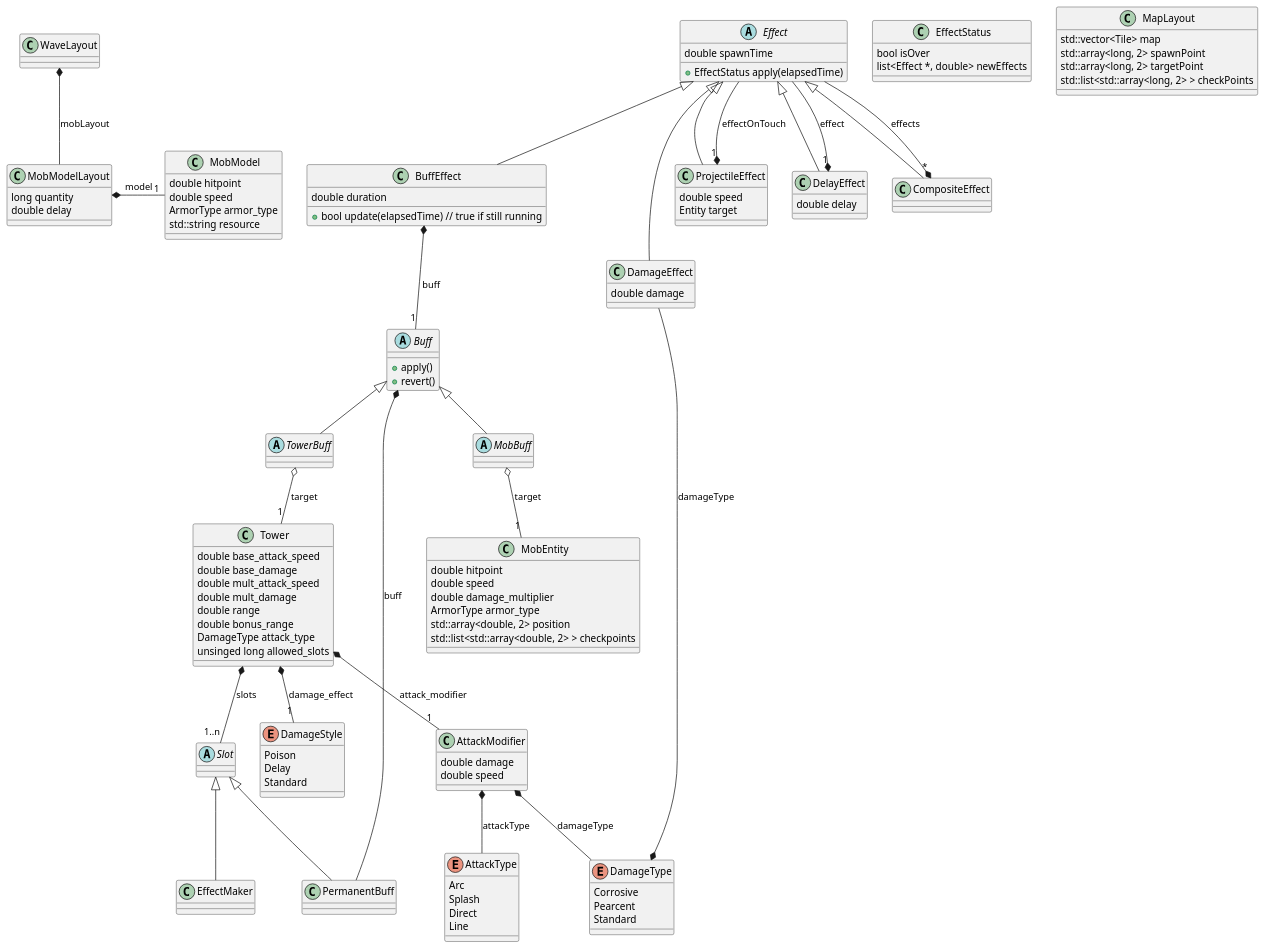
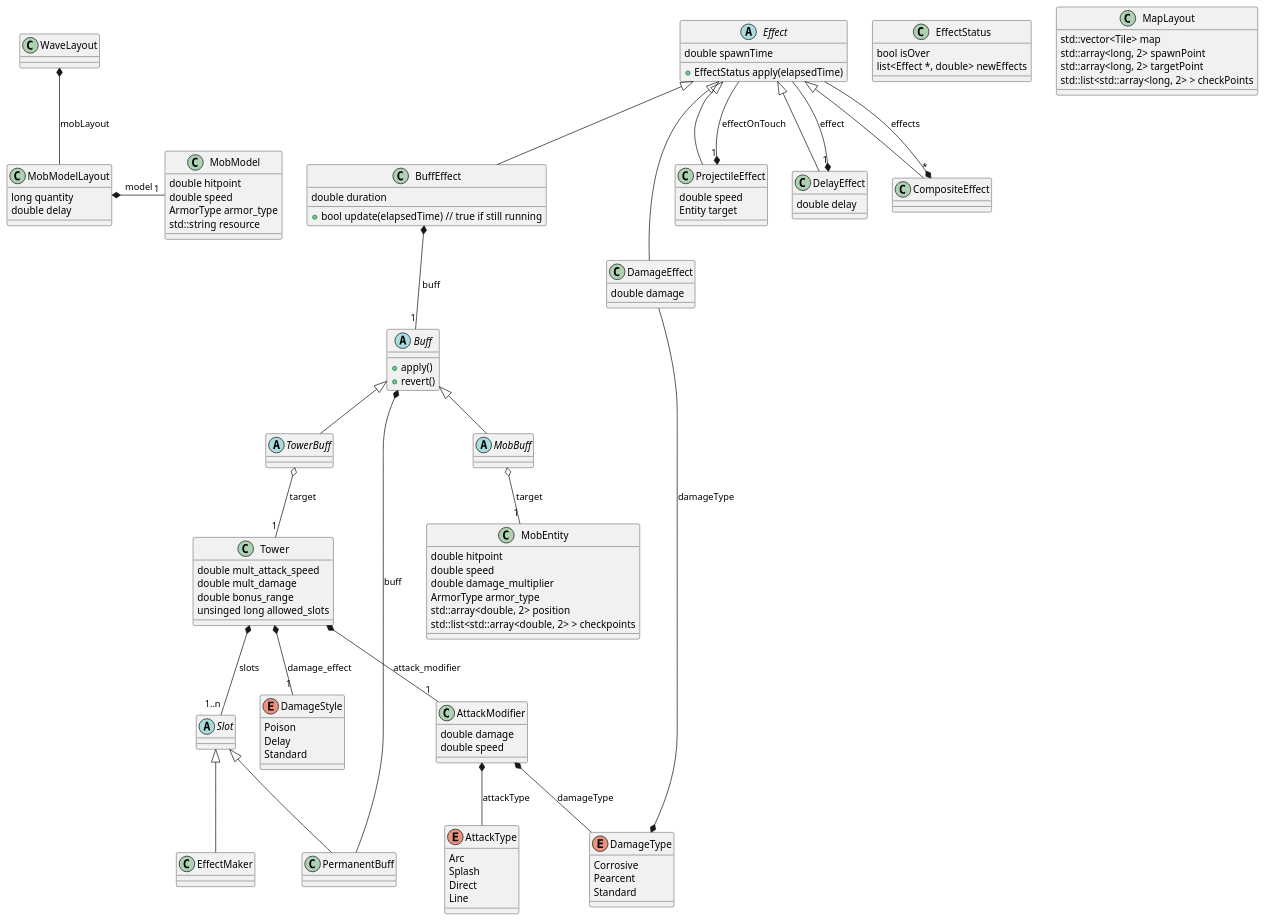
One commit to SimonPiCarter/GameEngine changed the diagram in src/cells/conception/bo.pu. Above: the diagram before and after it, drawn with PlantUML. The commit also changed 1 other file, not shown here.

```diff
--- a/src/cells/conception/bo.pu
+++ b/src/cells/conception/bo.pu
@@ -1,133 +1,129 @@
 @startuml bo
 
 class MobEntity
 
 MobEntity : double hitpoint
 MobEntity : double speed
 MobEntity : double damage_multiplier
 MobEntity : ArmorType armor_type
 MobEntity : std::array<double, 2> position
 MobEntity : std::list<std::array<double, 2> > checkpoints
 
 abstract Buff
 Buff : + apply()
 Buff : + revert()
 
 abstract MobBuff
 MobEntity "1" -u-o MobBuff : target
 
 class Tower
-Tower : double base_attack_speed
-Tower : double base_damage
 Tower : double mult_attack_speed
 Tower : double mult_damage
-Tower : double range
 Tower : double bonus_range
-Tower : DamageType attack_type
 Tower : unsinged long allowed_slots
 
 abstract TowerBuff
 Tower "1" -u-o TowerBuff : target
 
 MobBuff -u-|> Buff
 TowerBuff -u-|> Buff
 
 class EffectStatus
 EffectStatus : bool isOver
 EffectStatus : list<Effect *, double> newEffects
 
 abstract Effect
 Effect : + EffectStatus apply(elapsedTime)
 Effect : double spawnTime
 
 class BuffEffect
 BuffEffect : + bool update(elapsedTime) // true if still running
 
 BuffEffect -u-|> Effect
 Buff "1" -u-* BuffEffect : buff
 BuffEffect : double duration
 
 class DamageEffect
 
 DamageEffect -u-|> Effect
 DamageEffect : double damage
 DamageEffect -d-* DamageType : damageType
 
 class ProjectileEffect
 
 ProjectileEffect -u-|> Effect
 ProjectileEffect : double speed
 ProjectileEffect : Entity target
 ProjectileEffect "1" *-d- Effect : effectOnTouch
 
 class DelayEffect
 
 DelayEffect -u-|> Effect
 DelayEffect : double delay
 DelayEffect "1" *-d- Effect : effect
 
 class CompositeEffect
 
 CompositeEffect -u-|> Effect
 CompositeEffect "*" *-d- Effect : effects
 
 
 class AttackModifier
 abstract Slot
 class PermanentBuff
 class EffectMaker
 
 enum AttackType
 AttackType : Arc
 AttackType : Splash
 AttackType : Direct
 AttackType : Line
 
 enum DamageType
 DamageType : Corrosive
 DamageType : Pearcent
 DamageType : Standard
 
 enum DamageStyle
 DamageStyle : Poison
 DamageStyle : Delay
 DamageStyle : Standard
 
 AttackModifier *-d- AttackType : attackType
 AttackModifier *-d- DamageType : damageType
 AttackModifier : double damage
 AttackModifier : double speed
 
 Tower *-d- "1" DamageStyle : damage_effect
 Tower *-d- "1" AttackModifier : attack_modifier
 Tower *-d- "1..n" Slot : slots
 PermanentBuff -u-|> Slot
 EffectMaker -u-|> Slot
 
 PermanentBuff -u-* Buff : buff
 
 class MapLayout
 
 MapLayout : std::vector<Tile> map
 MapLayout : std::array<long, 2> spawnPoint
 MapLayout : std::array<long, 2> targetPoint
 MapLayout : std::list<std::array<long, 2> > checkPoints
 
 class WaveLayout
 
 MobModelLayout -u-* WaveLayout : mobLayout
 
 class MobModelLayout
 
 MobModelLayout : long quantity
 MobModelLayout : double delay
 MobModelLayout *- "1" MobModel : model
 
 class MobModel
 
 MobModel : double hitpoint
 MobModel : double speed
 MobModel : ArmorType armor_type
 MobModel : std::string resource
 
 @enduml
```
